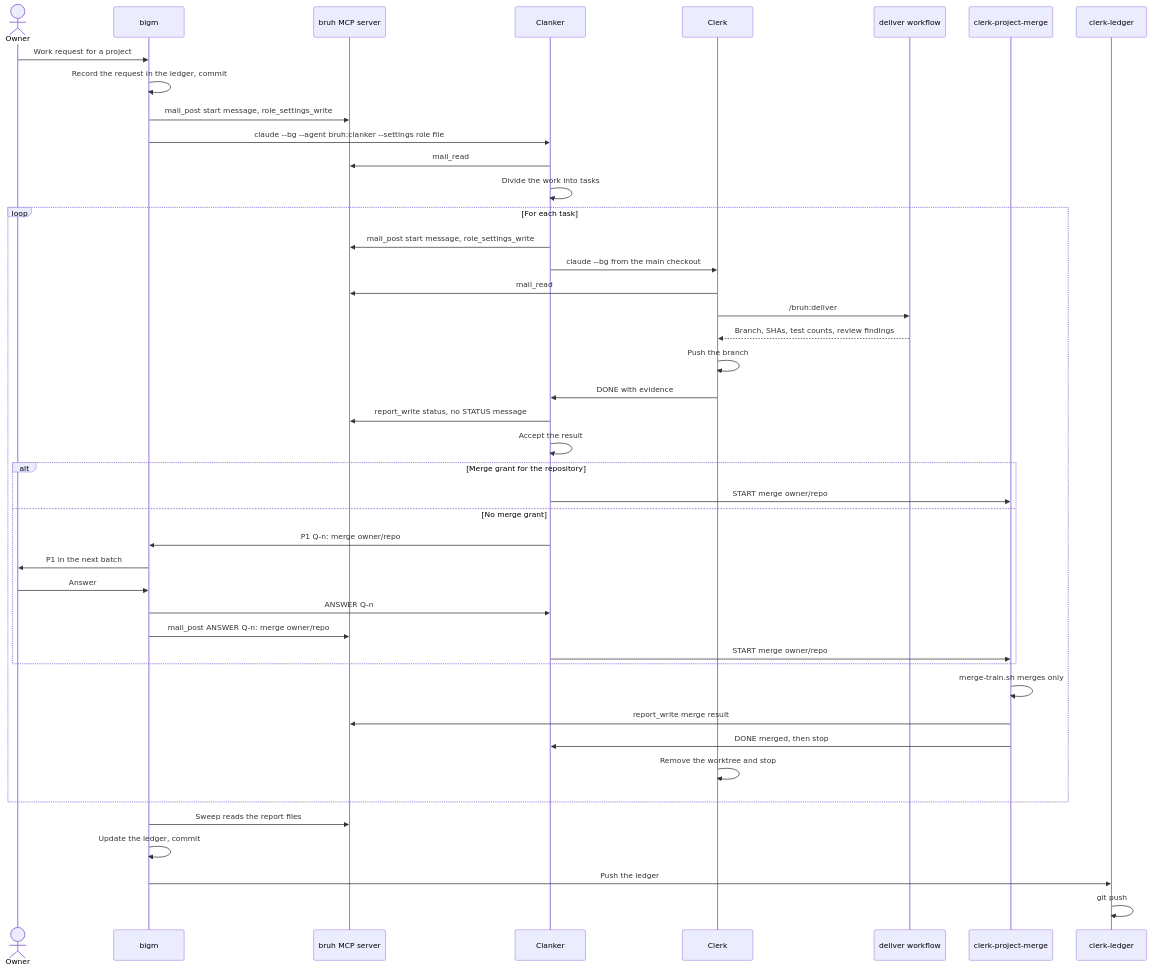
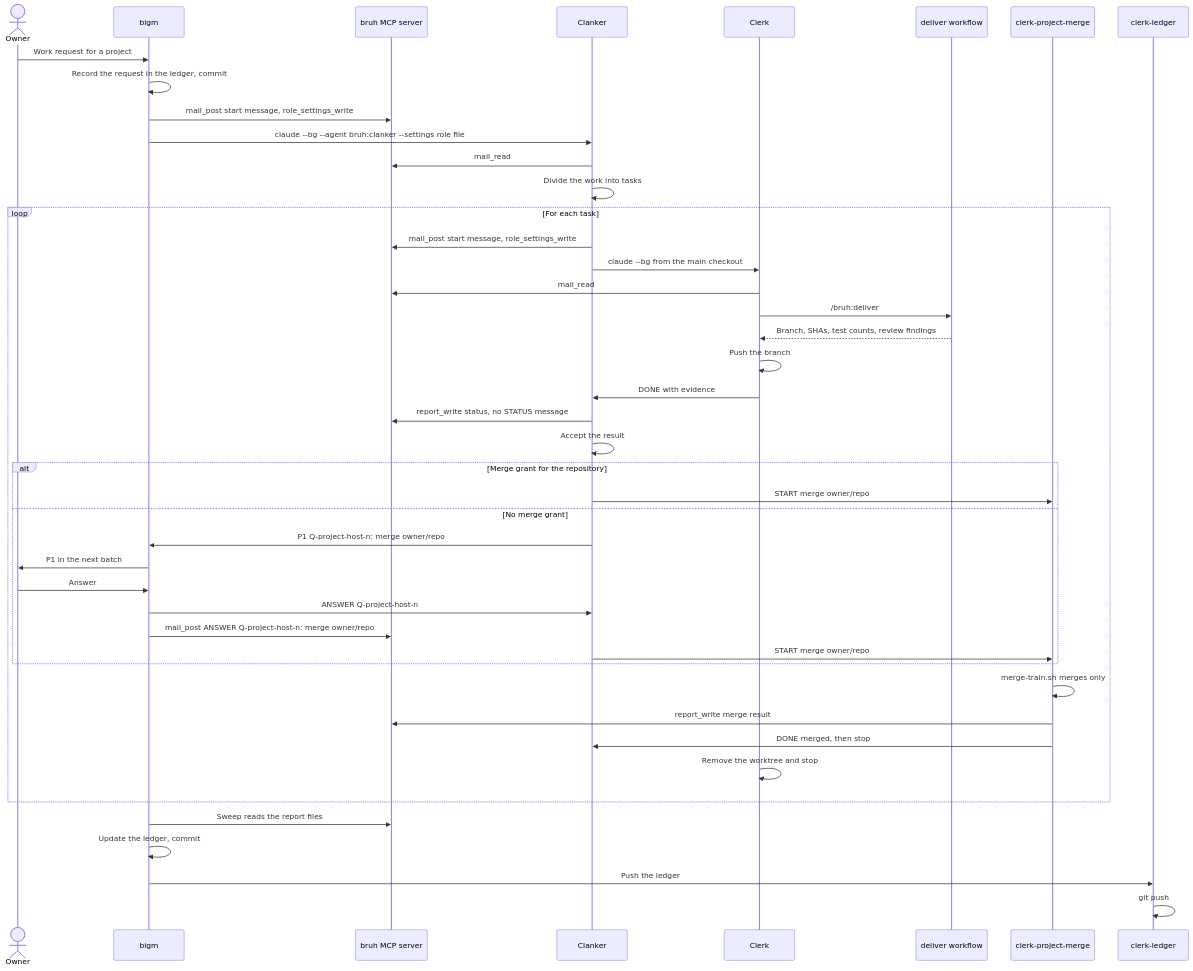
Before and after one commit to oter/bruh: the second of 7 diagrams in docs/flow.md, drawn with Mermaid. The commit also changed other lines of this file and 4 other files, not shown here.

````diff
--- a/docs/flow.md
+++ b/docs/flow.md
@@ -65,46 +65,46 @@
 ```mermaid
 sequenceDiagram
     actor Owner
     participant bigm
     participant MCP as bruh MCP server
     participant Clanker
     participant Clerk
     participant WF as deliver workflow
     participant Merger as clerk-project-merge
     participant CL as clerk-ledger
     Owner->>bigm: Work request for a project
     bigm->>bigm: Record the request in the ledger, commit
     bigm->>MCP: mail_post start message, role_settings_write
     bigm->>Clanker: claude --bg --agent bruh:clanker --settings role file
     Clanker->>MCP: mail_read
     Clanker->>Clanker: Divide the work into tasks
     loop For each task
         Clanker->>MCP: mail_post start message, role_settings_write
         Clanker->>Clerk: claude --bg from the main checkout
         Clerk->>MCP: mail_read
         Clerk->>WF: /bruh:deliver
         WF-->>Clerk: Branch, SHAs, test counts, review findings
         Clerk->>Clerk: Push the branch
         Clerk->>Clanker: DONE with evidence
         Clanker->>MCP: report_write status, no STATUS message
         Clanker->>Clanker: Accept the result
         alt Merge grant for the repository
             Clanker->>Merger: START merge owner/repo#n with the grant as the cover
         else No merge grant
-            Clanker->>bigm: P1 Q-n: merge owner/repo#n?
+            Clanker->>bigm: P1 Q-project-host-n: merge owner/repo#n?
             bigm->>Owner: P1 in the next batch
             Owner->>bigm: Answer
-            bigm->>Clanker: ANSWER Q-n
-            bigm->>MCP: mail_post ANSWER Q-n: merge owner/repo#n approved, to clerk-project-merge
+            bigm->>Clanker: ANSWER Q-project-host-n
+            bigm->>MCP: mail_post ANSWER Q-project-host-n: merge owner/repo#n approved, to clerk-project-merge
             Clanker->>Merger: START merge owner/repo#n with the ANSWER as the cover
         end
         Merger->>Merger: merge-train.sh merges only #n, confirms with the code host API
         Merger->>MCP: report_write merge result
         Merger->>Clanker: DONE merged, then stop
         Clerk->>Clerk: Remove the worktree and stop
     end
     bigm->>MCP: Sweep reads the report files
     bigm->>bigm: Update the ledger, commit
     bigm->>CL: Push the ledger
     CL->>CL: git push
 ```
````
